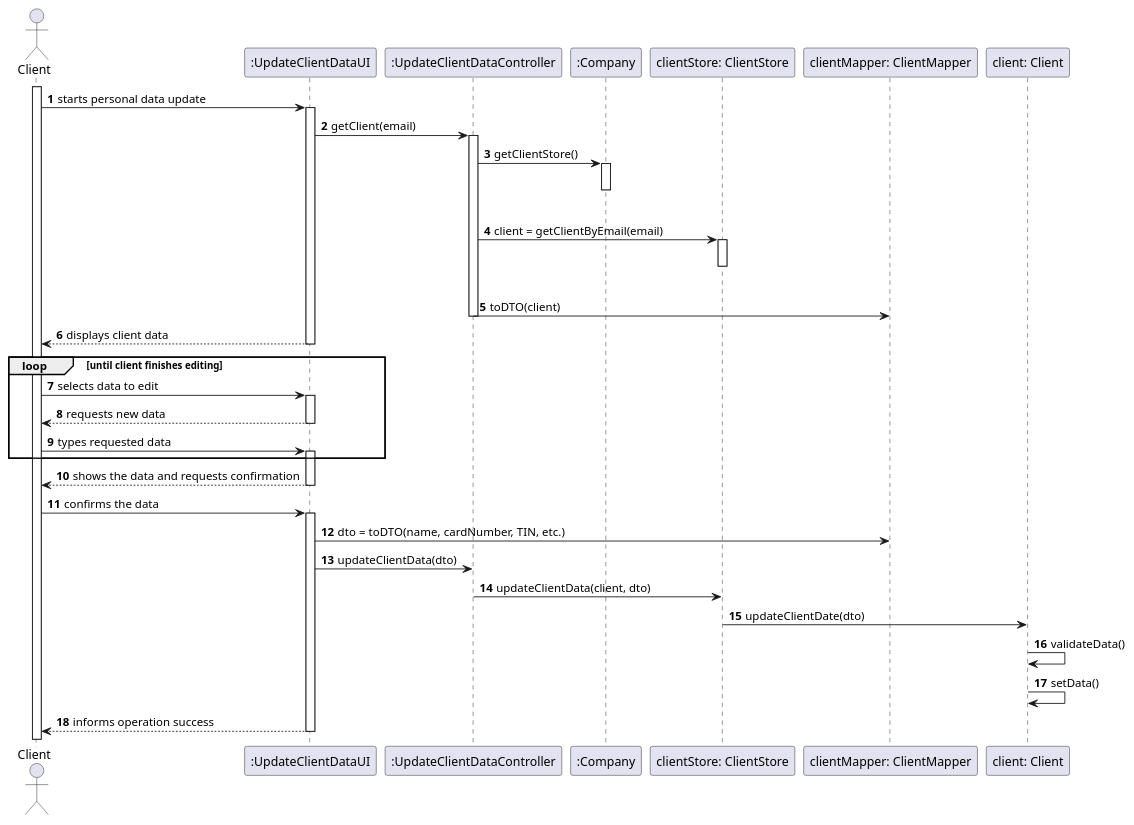
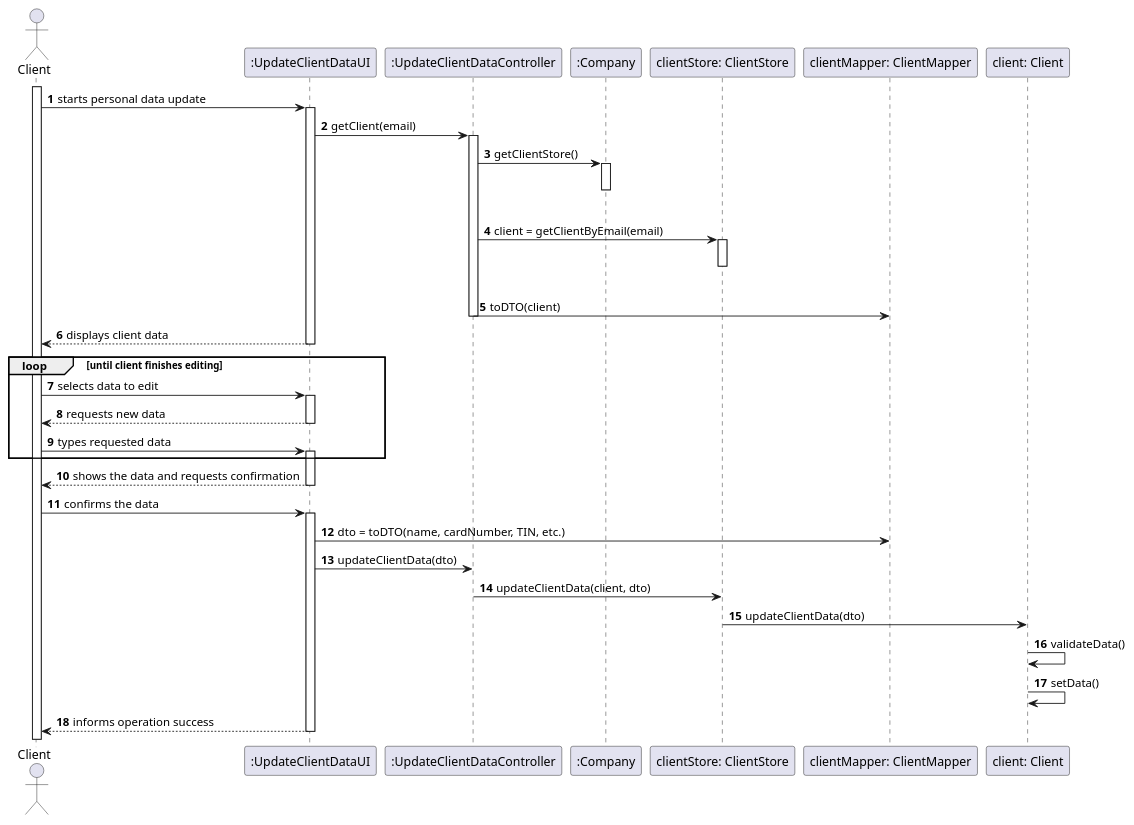
One commit to MadDinosaur/ISEP-LAPR2 changed the diagram in docs/SprintD/US2/US2_SD.puml. Above: the diagram before and after it, drawn with PlantUML. The commit also changed 9 other files, not shown here.

```diff
--- a/docs/SprintD/US2/US2_SD.puml
+++ b/docs/SprintD/US2/US2_SD.puml
@@ -1,50 +1,50 @@
 @startuml
 autonumber
 
 actor Client as cli
 participant ":UpdateClientDataUI" as ui
 participant ":UpdateClientDataController" as controller
 participant ":Company" as company
 participant "clientStore: ClientStore" as cstore
 participant "clientMapper: ClientMapper" as cmapper
 participant "client: Client" as client
 
 activate cli
 cli -> ui : starts personal data update
 activate ui
 ui -> controller : getClient(email)
 activate controller
 controller -> company : getClientStore()
 activate company
 |||
 deactivate company
 controller -> cstore : client = getClientByEmail(email)
 activate cstore
 |||
 deactivate cstore
 controller -> cmapper : toDTO(client)
 deactivate controller
 ui --> cli : displays client data
 deactivate ui
 loop until client finishes editing
 cli -> ui :  selects data to edit
 activate ui
 ui --> cli : requests new data
 deactivate ui
 cli -> ui :  types requested data
 activate ui
 end loop
 activate ui
 ui --> cli : shows the data and requests confirmation
 deactivate ui
 cli -> ui :  confirms the data
 activate ui
 ui -> cmapper: dto = toDTO(name, cardNumber, TIN, etc.)
 ui -> controller: updateClientData(dto)
 controller -> cstore: updateClientData(client, dto)
-cstore -> client : updateClientDate(dto)
+cstore -> client : updateClientData(dto)
 client -> client : validateData()
 client -> client : setData()
 ui --> cli : informs operation success
 deactivate ui
 @enduml
```
